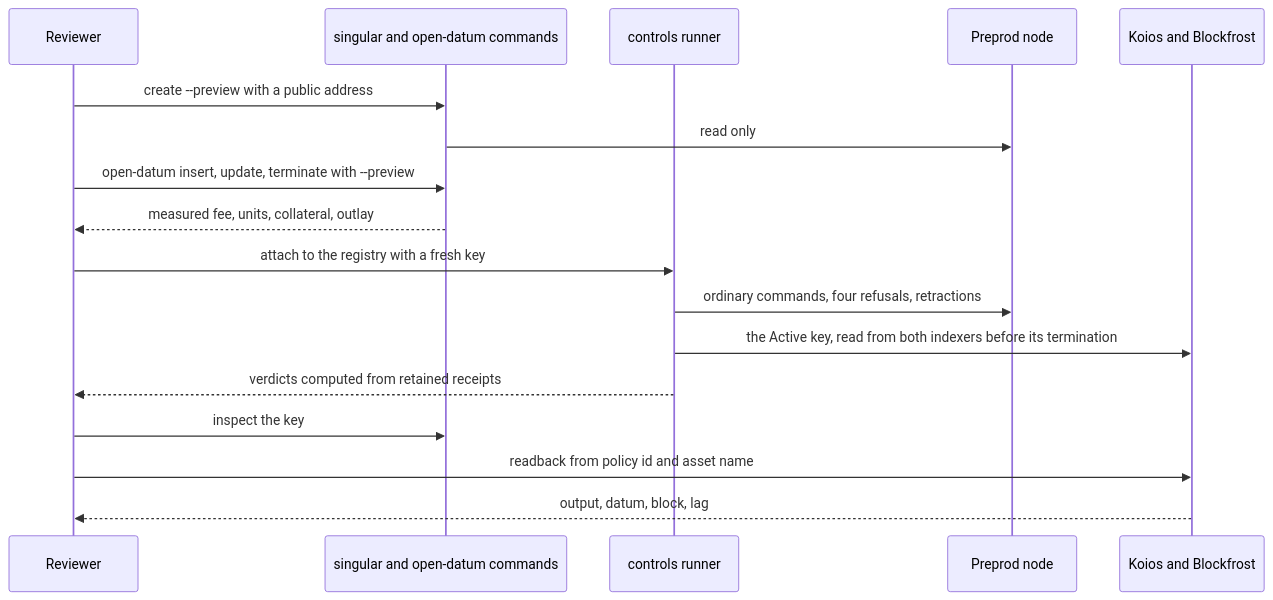
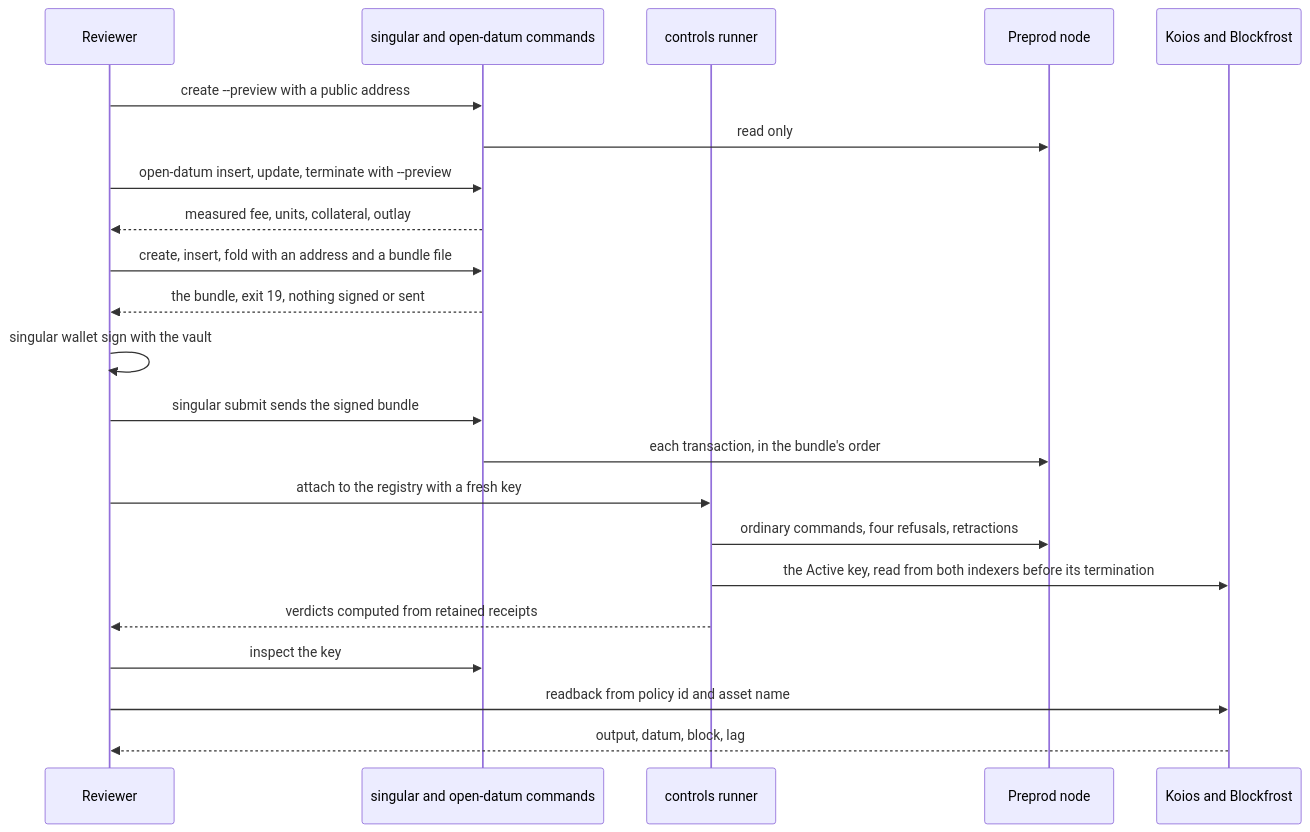
One commit to lambdasistemi/singular changed the first of 2 diagrams in docs/demo1-preprod.md. Above: the diagram before and after it, drawn with Mermaid. The commit also changed other lines of this file and 1 other file, not shown here.

Commit message:
docs: the preprod walk-through shows signing without a key file
The reviewer's map gains the external flow: wallets from singular wallet
create, each write naming an address and a bundle file and exiting 19, the
bundle signed from the vault and sent with singular submit, the command's own
fields expected until the bundle is found on chain. The sequence diagram shows
it. The speech companion is regenerated from the page and the narration clips
that changed are regenerated.

````diff
--- a/docs/demo1-preprod.md
+++ b/docs/demo1-preprod.md
@@ -13,19 +13,24 @@
 ```mermaid
 sequenceDiagram
     participant R as Reviewer
     participant S as singular and open-datum commands
     participant C as controls runner
     participant N as Preprod node
     participant I as Koios and Blockfrost
     R->>S: create --preview with a public address
     S->>N: read only
     R->>S: open-datum insert, update, terminate with --preview
     S-->>R: measured fee, units, collateral, outlay
+    R->>S: create, insert, fold with an address and a bundle file
+    S-->>R: the bundle, exit 19, nothing signed or sent
+    R->>R: singular wallet sign with the vault
+    R->>S: singular submit sends the signed bundle
+    S->>N: each transaction, in the bundle's order
     R->>C: attach to the registry with a fresh key
     C->>N: ordinary commands, four refusals, retractions
     C->>I: the Active key, read from both indexers before its termination
     C-->>R: verdicts computed from retained receipts
     R->>S: inspect the key
     R->>I: readback from policy id and asset name
     I-->>R: output, datum, block, lag
 ```
````
